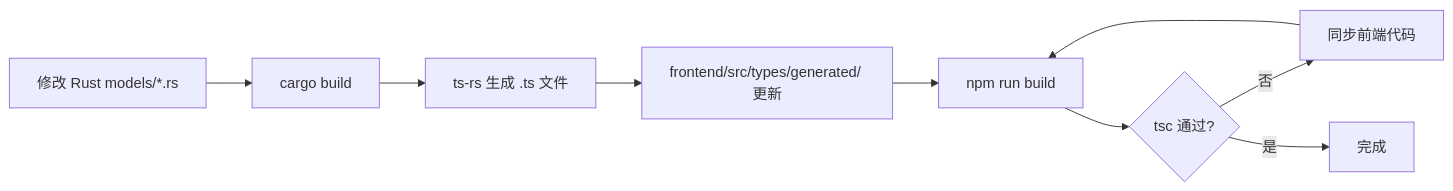
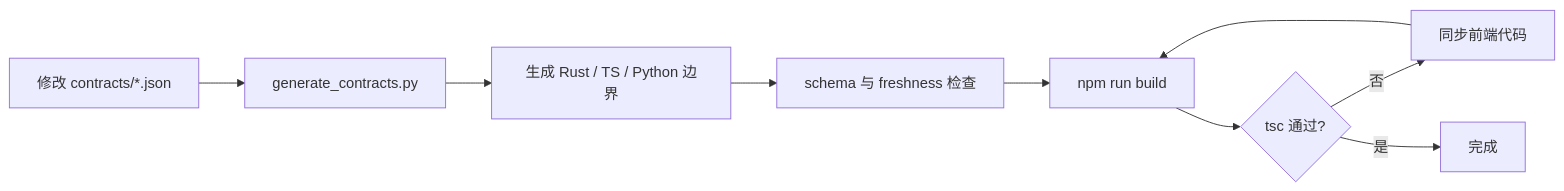
One commit to youge325/vp changed the diagram in docs/11-development-guide.md. Above: the diagram before and after it, drawn with Mermaid. The commit also changed other lines of this file and 14 other files, not shown here.

````diff
--- a/docs/11-development-guide.md
+++ b/docs/11-development-guide.md
@@ -48,11 +62,11 @@
 ```mermaid
 graph LR
-    A[修改 Rust models/*.rs] --> B[cargo build]
-    B --> C[ts-rs 生成 .ts 文件]
-    C --> D[frontend/src/types/generated/ 更新]
+    A[修改 contracts/*.json] --> B[generate_contracts.py]
+    B --> C[生成 Rust / TS / Python 边界]
+    C --> D[schema 与 freshness 检查]
     D --> E[npm run build]
     E --> F{tsc 通过?}
     F -->|否| G[同步前端代码]
     G --> E
     F -->|是| H[完成]
 ```
````
